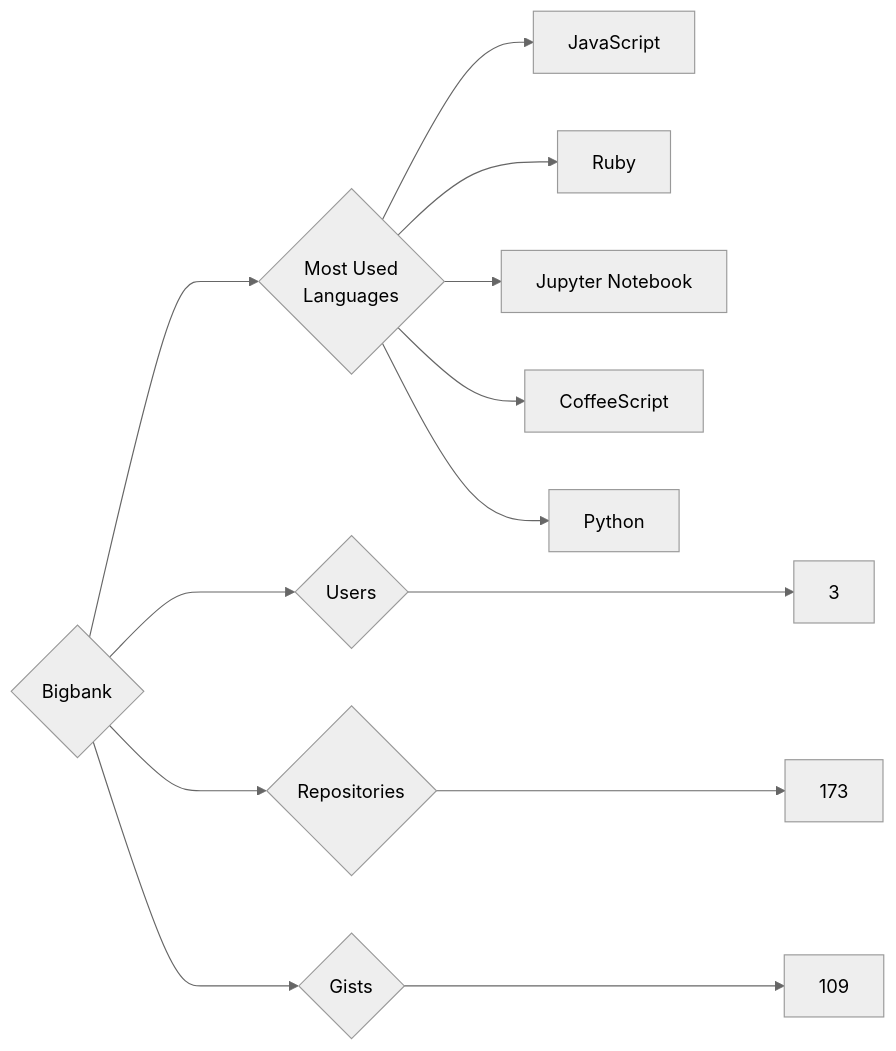
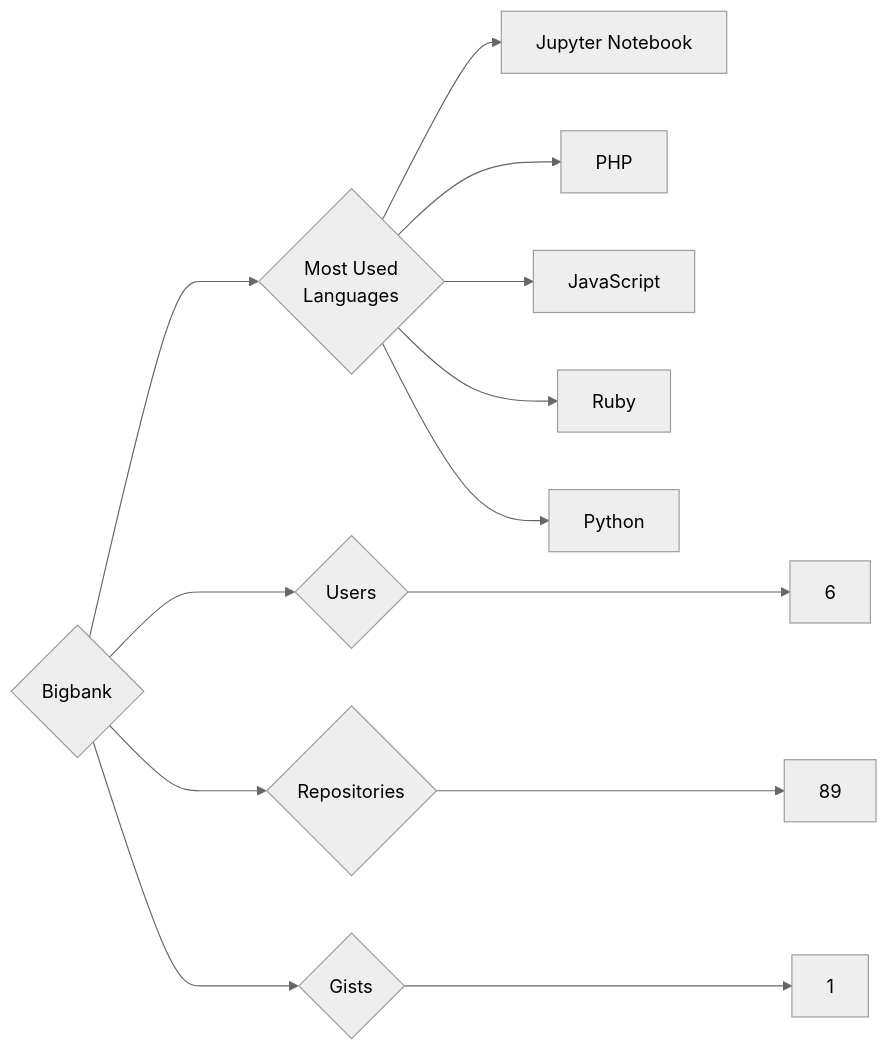
Before and after one commit to trickest/insiders: the diagram in targets/Bigbank/README.md, drawn with Mermaid (neutral theme). The commit also changed 934 other files, not shown here.

````diff
--- a/targets/Bigbank/README.md
+++ b/targets/Bigbank/README.md
@@ -3,13 +3,13 @@
 ```mermaid
 graph LR
 COMPANY_NAME{Bigbank}
-COMPANY_NAME ---> U{Users} ---> UN[3]
-COMPANY_NAME ---> R{Repositories} ---> RN[173]
-COMPANY_NAME ---> G{Gists} ---> GN[109]
+COMPANY_NAME ---> U{Users} ---> UN[6]
+COMPANY_NAME ---> R{Repositories} ---> RN[89]
+COMPANY_NAME ---> G{Gists} ---> GN[1]
 COMPANY_NAME ---> ML{Most Used<br>Languages}
+ML --> Jupyter_Notebook[Jupyter Notebook]
+ML --> PHP[PHP]
 ML --> JavaScript[JavaScript]
 ML --> Ruby[Ruby]
-ML --> Jupyter_Notebook[Jupyter Notebook]
-ML --> CoffeeScript[CoffeeScript]
 ML --> Python[Python]
 ```
````
